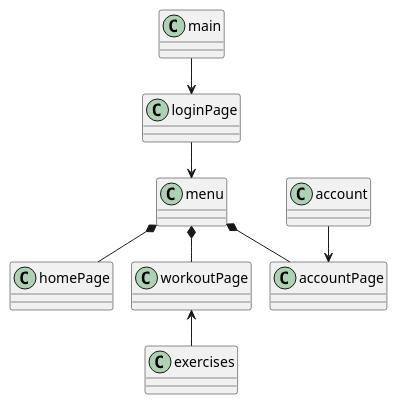
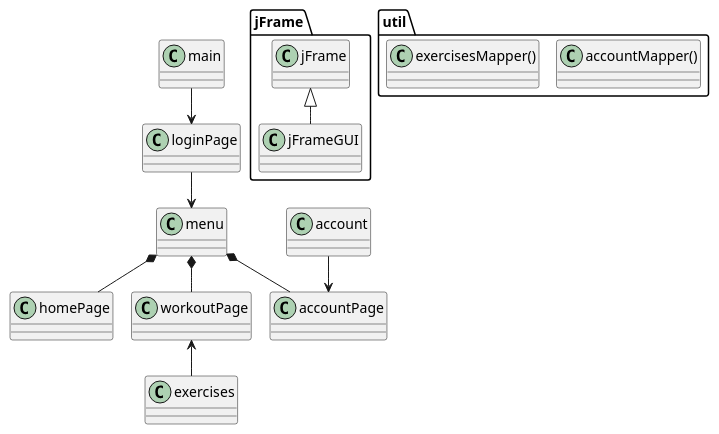
The diagram in src/doc/diagram/domainmodel_v0.puml (MarcusPFF/Trening-ICE-SEM1), drawn with PlantUML before and after one commit. The commit also changed 10 other files, not shown here.

```diff
--- a/src/doc/diagram/domainmodel_v0.puml
+++ b/src/doc/diagram/domainmodel_v0.puml
@@ -1,20 +1,30 @@
 @startuml
 !pragma layout smetana
 
 main --> loginPage
 loginPage --> menu
 menu *-- homePage
 menu *-- workoutPage
 menu *-- accountPage
 
 account --> accountPage
 class main
 workoutPage <-- exercises
 class loginPage
 class menu
 class homePage
 class workoutPage
 class accountPage
 class exercises
 class account
+
+package jFrame {
+class jFrameGUI extends jFrame
+}
+
+package util {
+class accountMapper()
+class exercisesMapper()
+}
+
 @enduml
```
